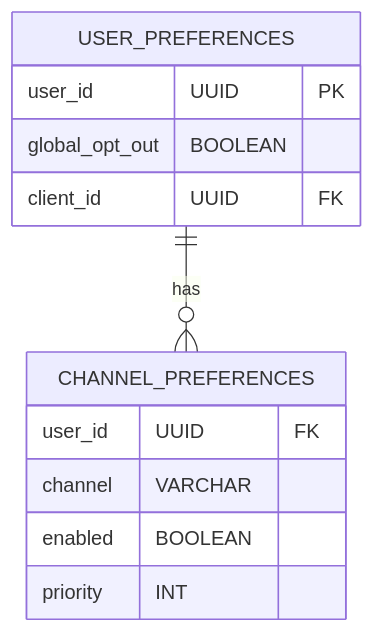
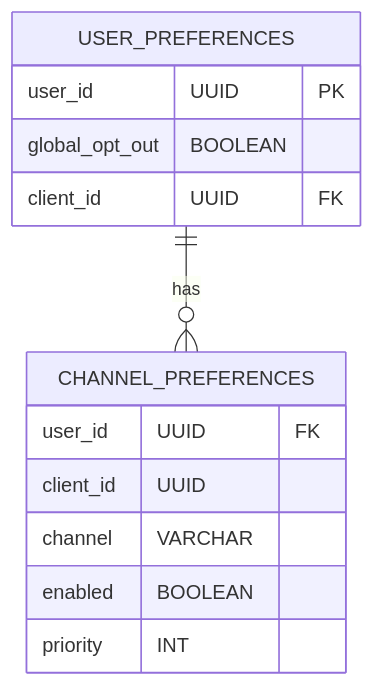
One commit to surajs1n/central-notification-system changed the first of 2 diagrams in design-docs/services/UserService.md. Above: the diagram before and after it, drawn with Mermaid. The commit also changed other lines of this file and 6 other files, not shown here.

````diff
--- a/design-docs/services/UserService.md
+++ b/design-docs/services/UserService.md
@@ -24,17 +24,18 @@
 ```mermaid
 erDiagram
     USER_PREFERENCES {
         user_id UUID PK
         global_opt_out BOOLEAN
         client_id UUID FK
     }
     
     CHANNEL_PREFERENCES {
         user_id UUID FK
+        client_id UUID 
         channel VARCHAR
         enabled BOOLEAN
         priority INT
     }
     
     USER_PREFERENCES ||--o{ CHANNEL_PREFERENCES : has
 ```
````
